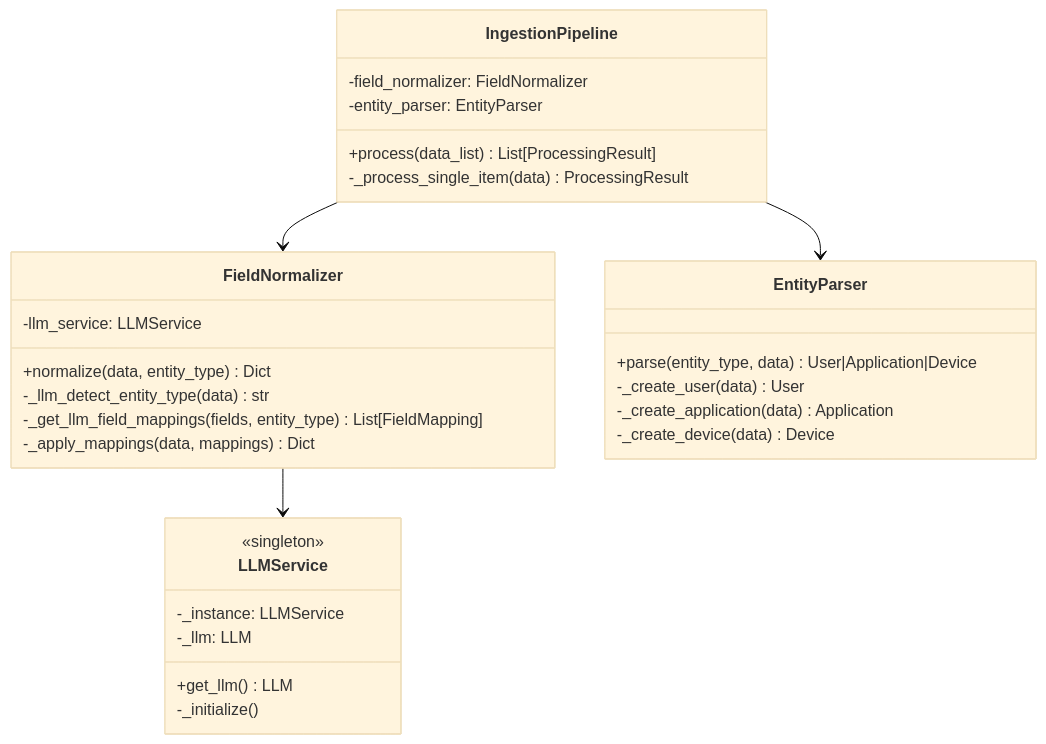
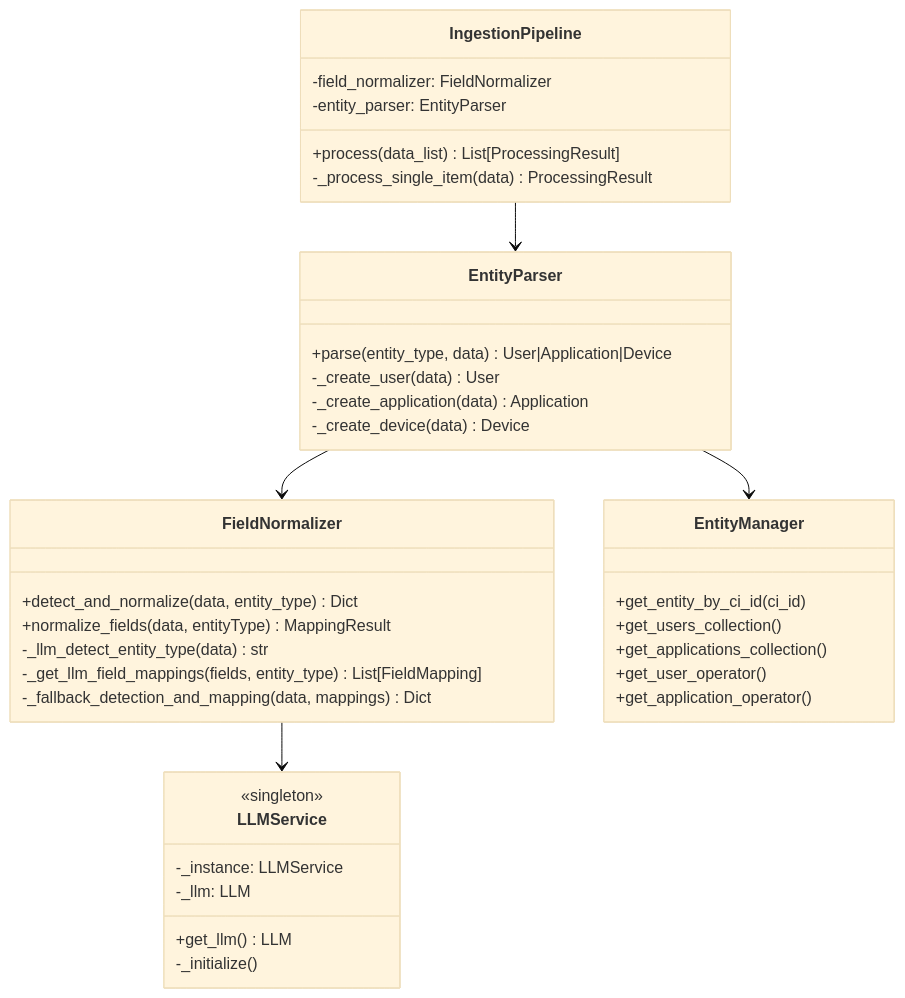
One commit to scherng/CMDBSvc changed the second of 3 diagrams in README.md. Above: the diagram before and after it, drawn with Mermaid (base theme). The commit also changed other lines of this file, not shown here.

````diff
--- a/README.md
+++ b/README.md
@@ -121,36 +77,45 @@
 ```mermaid
 classDiagram
     class IngestionPipeline {
         -field_normalizer: FieldNormalizer
         -entity_parser: EntityParser
         +process(data_list) List[ProcessingResult]
         -_process_single_item(data) ProcessingResult
     }
 
     class FieldNormalizer {
-        -llm_service: LLMService
-        +normalize(data, entity_type) Dict
+        +detect_and_normalize(data, entity_type) Dict
+        +normalize_fields(data, entityType) MappingResult
         -_llm_detect_entity_type(data) str
         -_get_llm_field_mappings(fields, entity_type) List[FieldMapping]
-        -_apply_mappings(data, mappings) Dict
+        -_fallback_detection_and_mapping(data, mappings) Dict
     }
 
     class EntityParser {
         +parse(entity_type, data) User|Application|Device
         -_create_user(data) User
         -_create_application(data) Application
         -_create_device(data) Device
+    }
+    
+    class EntityManager{
+        +get_entity_by_ci_id(ci_id)
+        +get_users_collection()
+        +get_applications_collection()
+        +get_user_operator()
+        +get_application_operator()
     }
 
     class LLMService {
         <<singleton>>
         -_instance: LLMService
         -_llm: LLM
         +get_llm() LLM
         -_initialize()
     }
 
-    IngestionPipeline --> FieldNormalizer
     IngestionPipeline --> EntityParser
+    EntityParser --> EntityManager
+    EntityParser --> FieldNormalizer
     FieldNormalizer --> LLMService
 ```
````
